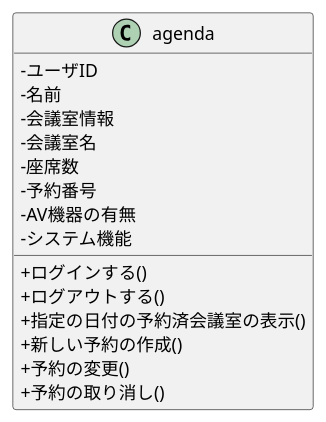
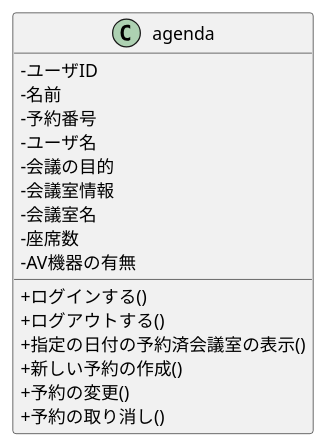
The diagram in 03_4_agenda_apointment/class.pu (ghbuser12/ohara_uml), drawn with PlantUML before and after one commit. The commit also changed 4 other files, not shown here.

```diff
--- a/03_4_agenda_apointment/class.pu
+++ b/03_4_agenda_apointment/class.pu
@@ -1,19 +1,20 @@
 @startuml .
 skinparam classAttributeIconSize 0
 class agenda {
 -ユーザID
 -名前
+-予約番号
+-ユーザ名
+-会議の目的
 -会議室情報
 -会議室名
 -座席数
--予約番号
 -AV機器の有無
--システム機能
 +ログインする()
 +ログアウトする()
 +指定の日付の予約済会議室の表示()
 +新しい予約の作成()
 +予約の変更()
 +予約の取り消し()
 }
 @enduml
```
